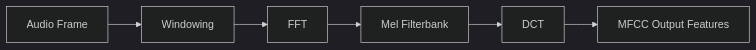
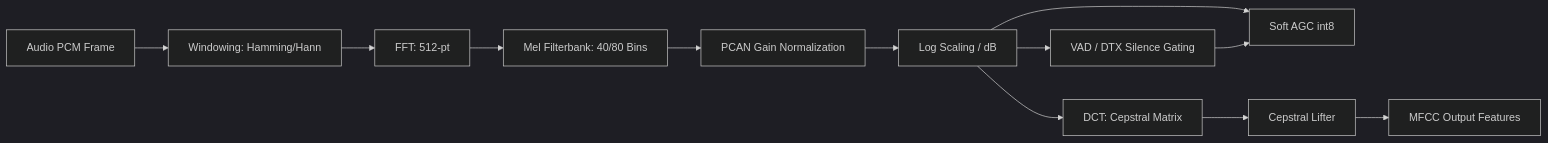
Before and after one commit to thesofproject/sof: the diagram in src/audio/mfcc/README.md, drawn with Mermaid (dark theme). The commit also changed other lines of this file and 12 other files, not shown here.

First line of the commit message:
audio: mfcc: add 8-bit PCAN and soft AGC Mel feature extraction modes

````diff
--- a/src/audio/mfcc/README.md
+++ b/src/audio/mfcc/README.md
@@ -11,8 +30,14 @@
 ```mermaid
 graph LR
-  In[Audio Frame] --> Win[Windowing]
-  Win --> FFT[FFT]
-  FFT --> Mel[Mel Filterbank]
-  Mel --> DCT[DCT]
-  DCT --> Out[MFCC Output Features]
+  In[Audio PCM Frame] --> Win[Windowing: Hamming/Hann]
+  Win --> FFT[FFT: 512-pt]
+  FFT --> Mel[Mel Filterbank: 40/80 Bins]
+  Mel --> PCAN[PCAN Gain Normalization]
+  PCAN --> Log[Log Scaling / dB]
+  Log --> VAD[VAD / DTX Silence Gating]
+  Log --> AGC8[Soft AGC int8]
+  VAD --> AGC8
+  Log --> DCT[DCT: Cepstral Matrix]
+  DCT --> Lifter[Cepstral Lifter]
+  Lifter --> Out[MFCC Output Features]
 ```
````
